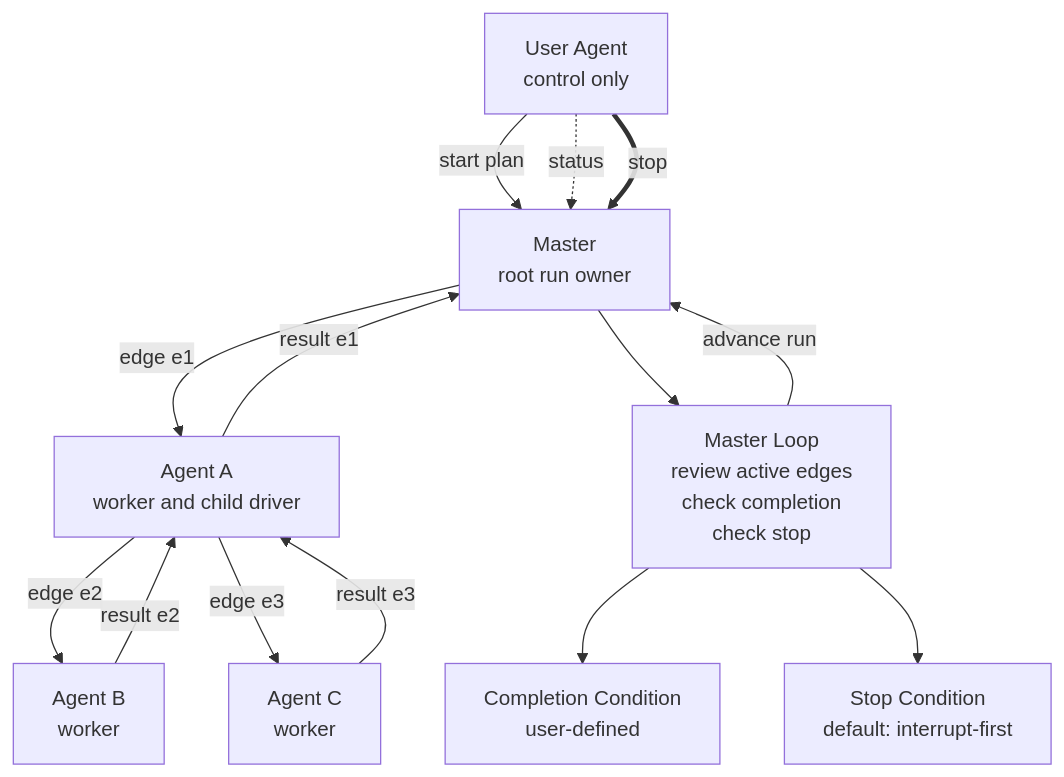
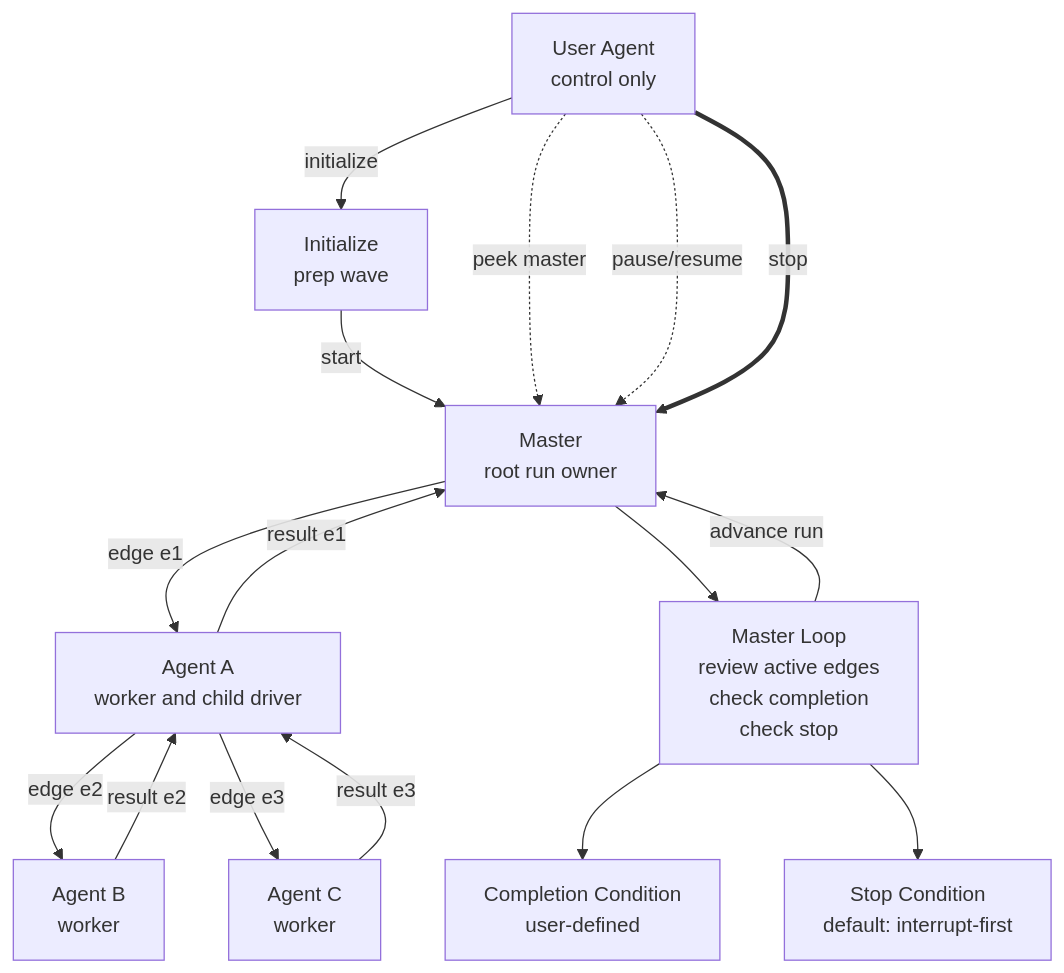
The diagram in src/houmao/agents/assets/system_skills/houmao-agent-loop-pairwise/authoring/render-loop-graph.md (igamenovoer/houmao), drawn with Mermaid before and after one commit. The commit also changed other lines of this file and 118 other files, not shown here.

````diff
--- a/src/houmao/agents/assets/system_skills/houmao-agent-loop-pairwise/authoring/render-loop-graph.md
+++ b/src/houmao/agents/assets/system_skills/houmao-agent-loop-pairwise/authoring/render-loop-graph.md
@@ -28,29 +29,33 @@
 ```mermaid
 flowchart TD
     UA[User Agent<br/>control only]
     M[Master<br/>root run owner]
     ML[Master Loop<br/>review active edges<br/>check completion<br/>check stop]
     A[Agent A<br/>worker and child driver]
     B[Agent B<br/>worker]
     C[Agent C<br/>worker]
     Done[Completion Condition<br/>user-defined]
     Stop[Stop Condition<br/>default: interrupt-first]
 
-    UA -->|start plan| M
-    UA -.->|status| M
+    Prep[Initialize<br/>prep wave]
+
+    UA -->|initialize| Prep
+    Prep -->|start| M
+    UA -.->|peek master| M
+    UA -.->|pause/resume| M
     UA ==> |stop| M
 
     M -->|edge e1| A
     A -->|result e1| M
 
     A -->|edge e2| B
     B -->|result e2| A
 
     A -->|edge e3| C
     C -->|result e3| A
 
     M --> ML
     ML --> Done
     ML --> Stop
     ML -->|advance run| M
 ```
````
